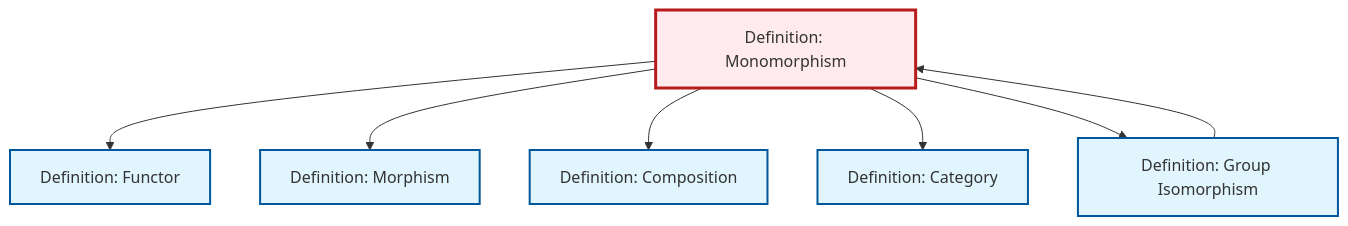
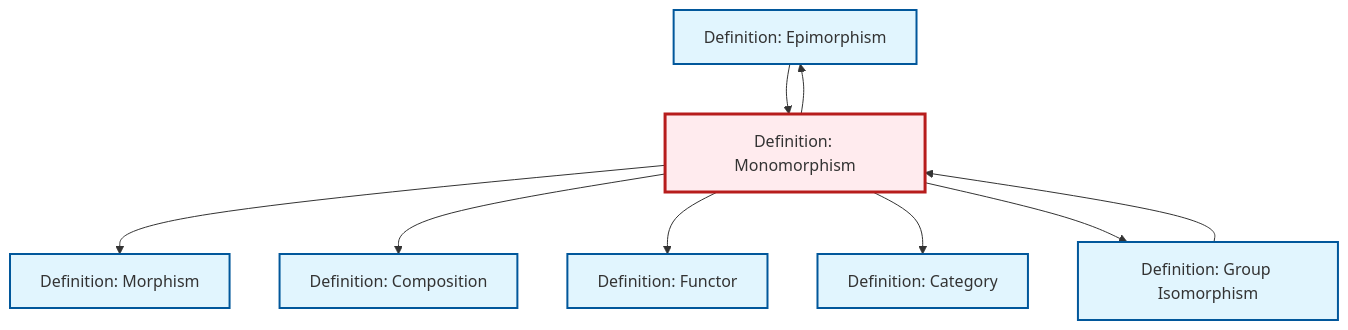
The diagram in content/ja/category-theory/def-monomorphism.qmd (RK0429/ModernMath), drawn with Mermaid before and after one commit. The commit also changed 597 other files, not shown here.

````diff
--- a/content/ja/category-theory/def-monomorphism.qmd
+++ b/content/ja/category-theory/def-monomorphism.qmd
@@ -96,27 +96,31 @@
 ```{mermaid}
 %%| fig-cap: "Local dependency graph"
 graph TD
     classDef definition fill:#e1f5fe,stroke:#01579b,stroke-width:2px
     classDef theorem fill:#f3e5f5,stroke:#4a148c,stroke-width:2px
     classDef axiom fill:#fff3e0,stroke:#e65100,stroke-width:2px
     classDef example fill:#e8f5e9,stroke:#1b5e20,stroke-width:2px
     classDef current fill:#ffebee,stroke:#b71c1c,stroke-width:3px
+    def-epimorphism["Definition: Epimorphism"]:::definition
+    def-category["Definition: Category"]:::definition
+    def-isomorphism["Definition: Group Isomorphism"]:::definition
     def-morphism["Definition: Morphism"]:::definition
-    def-category["Definition: Category"]:::definition
     def-monomorphism["Definition: Monomorphism"]:::definition
-    def-isomorphism["Definition: Group Isomorphism"]:::definition
     def-composition["Definition: Composition"]:::definition
     def-functor["Definition: Functor"]:::definition
-    def-monomorphism --> def-functor
+    def-monomorphism --> def-epimorphism
     def-monomorphism --> def-morphism
     def-monomorphism --> def-composition
+    def-monomorphism --> def-functor
+    def-epimorphism --> def-monomorphism
     def-isomorphism --> def-monomorphism
     def-monomorphism --> def-category
     def-monomorphism --> def-isomorphism
     class def-monomorphism current
-    click def-morphism "def-morphism.html" "Definition: Morphismへ"
+    click def-epimorphism "def-epimorphism.html" "Definition: Epimorphismへ"
     click def-category "def-category.html" "Definition: Categoryへ"
     click def-isomorphism "def-isomorphism.html" "Definition: Group Isomorphismへ"
+    click def-morphism "def-morphism.html" "Definition: Morphismへ"
     click def-composition "def-composition.html" "Definition: Compositionへ"
     click def-functor "def-functor.html" "Definition: Functorへ"
 ```
````
